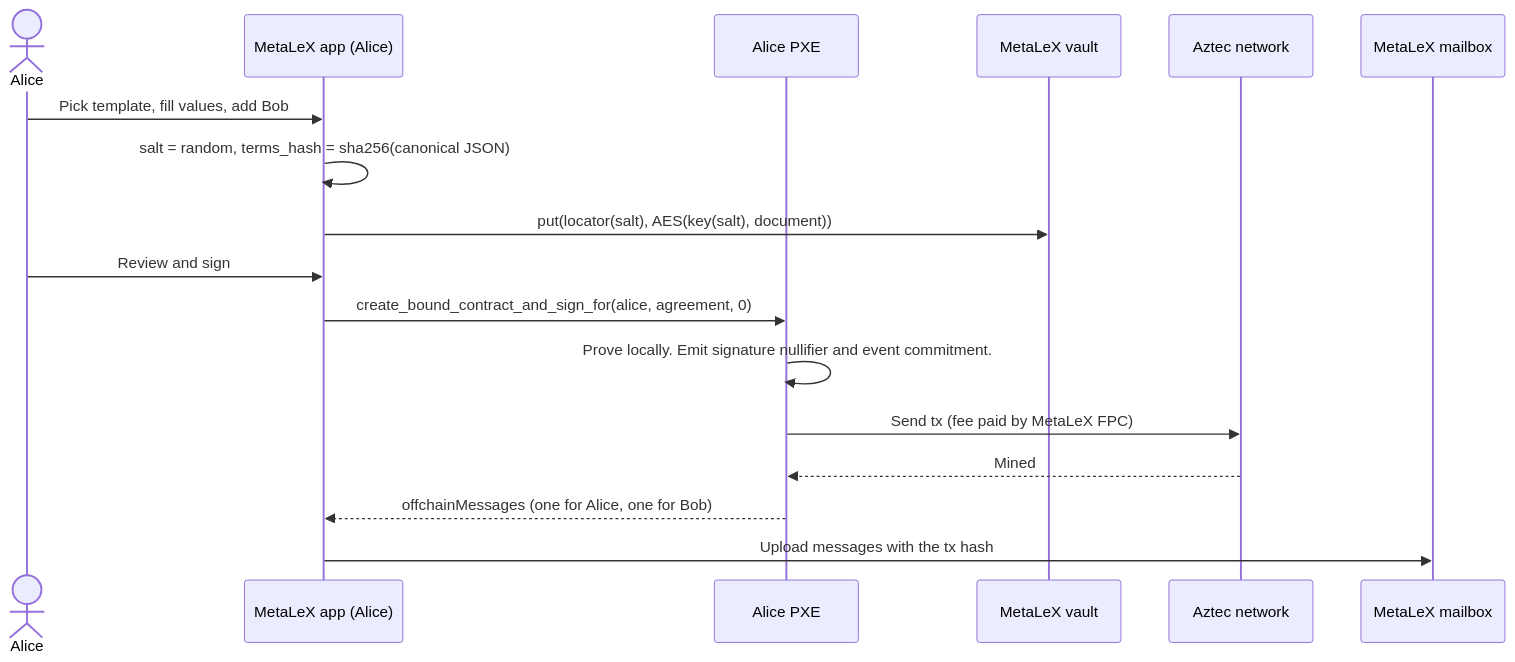
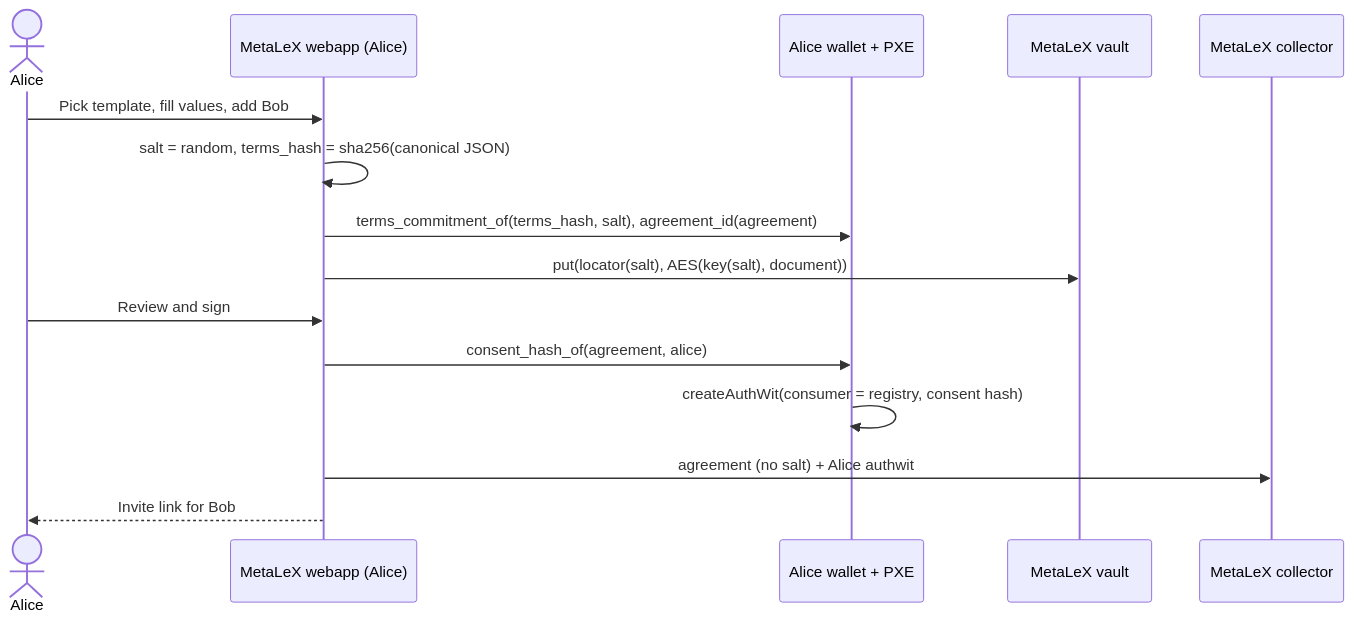
Before and after one commit to MetaLex-Tech/cybercorps-contracts: the first of 3 diagrams in aztec/USER-FLOWS.md, drawn with Mermaid. The commit also changed other lines of this file and 9 other files, not shown here.

````diff
--- a/aztec/USER-FLOWS.md
+++ b/aztec/USER-FLOWS.md
@@ -19,20 +20,18 @@
 ```mermaid
 sequenceDiagram
   actor Alice
-  participant App as MetaLeX app (Alice)
-  participant PXE as Alice PXE
+  participant App as MetaLeX webapp (Alice)
+  participant PXE as Alice wallet + PXE
   participant Vault as MetaLeX vault
-  participant Net as Aztec network
-  participant Mailbox as MetaLeX mailbox
+  participant Collector as MetaLeX collector
 
   Alice->>App: Pick template, fill values, add Bob
   App->>App: salt = random, terms_hash = sha256(canonical JSON)
+  App->>PXE: terms_commitment_of(terms_hash, salt), agreement_id(agreement)
   App->>Vault: put(locator(salt), AES(key(salt), document))
   Alice->>App: Review and sign
-  App->>PXE: create_bound_contract_and_sign_for(alice, agreement, 0)
-  PXE->>PXE: Prove locally. Emit signature nullifier and event commitment.
-  PXE->>Net: Send tx (fee paid by MetaLeX FPC)
-  Net-->>PXE: Mined
-  PXE-->>App: offchainMessages (one for Alice, one for Bob)
-  App->>Mailbox: Upload messages with the tx hash
+  App->>PXE: consent_hash_of(agreement, alice)
+  PXE->>PXE: createAuthWit(consumer = registry, consent hash)
+  App->>Collector: agreement (no salt) + Alice authwit
+  App-->>Alice: Invite link for Bob
 ```
````
